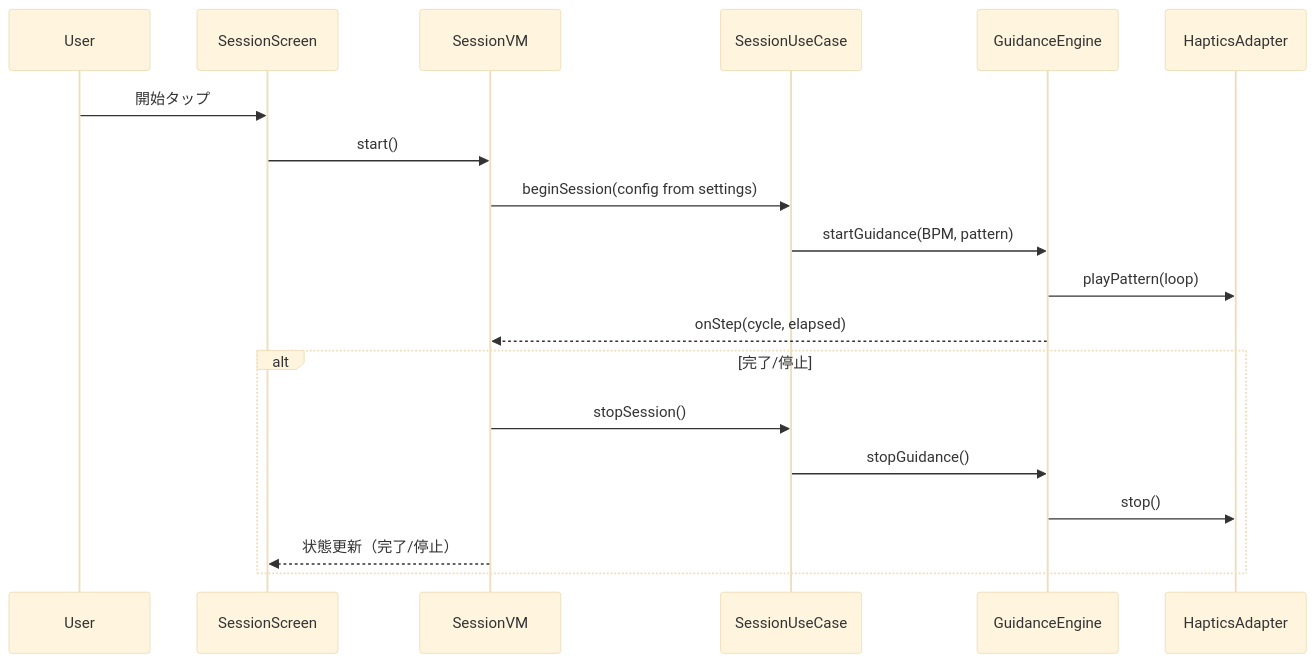
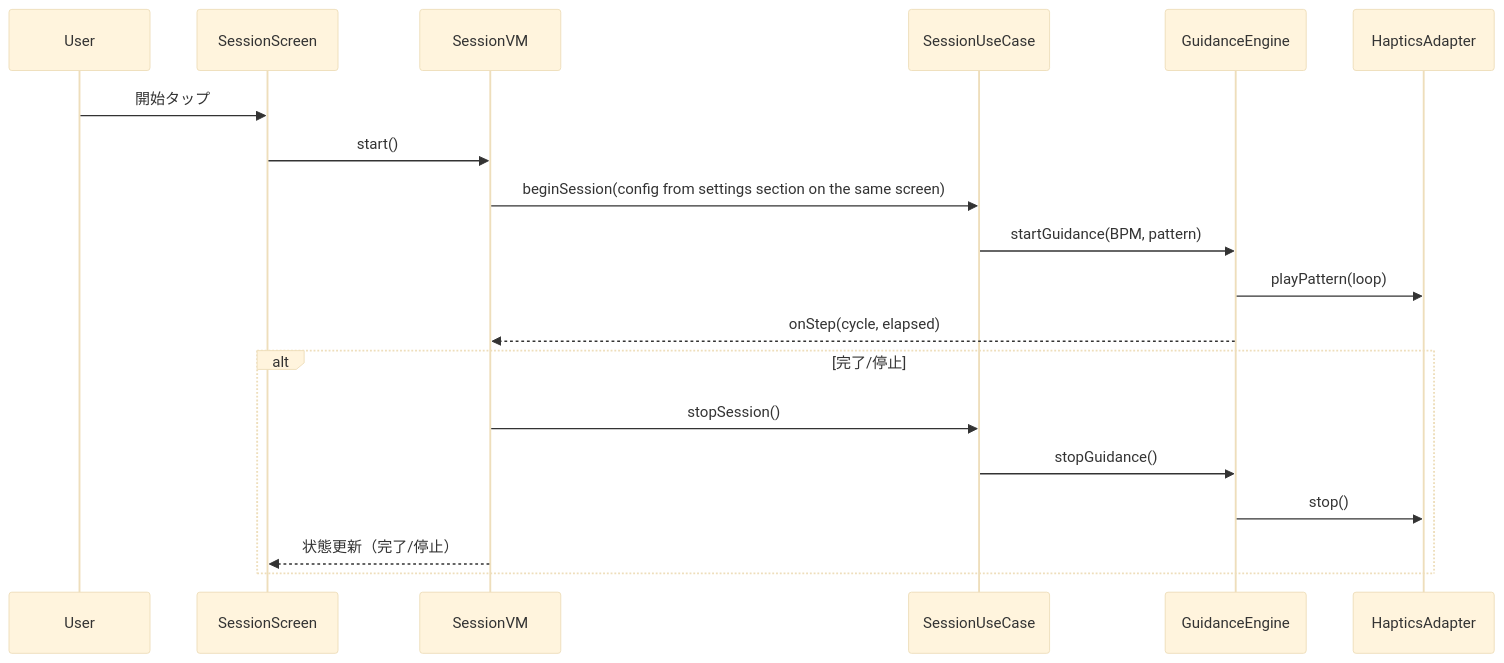
The second of 2 diagrams in .kiro/specs/calm-heart-rate-app/design.md (n4cl/CalmVibe), drawn with Mermaid (base theme) before and after one commit. The commit also changed other lines of this file and 3 other files, not shown here.

````diff
--- a/.kiro/specs/calm-heart-rate-app/design.md
+++ b/.kiro/specs/calm-heart-rate-app/design.md
@@ -45,22 +45,22 @@
 ```mermaid
 sequenceDiagram
   participant User
   participant UI as SessionScreen
   participant VM as SessionVM
   participant UC as SessionUseCase
   participant GE as GuidanceEngine
   participant HA as HapticsAdapter
 
   User->>UI: 開始タップ
   UI->>VM: start()
-  VM->>UC: beginSession(config from settings)
+  VM->>UC: beginSession(config from settings section on the same screen)
   UC->>GE: startGuidance(BPM, pattern)
   GE->>HA: playPattern(loop)
   GE-->>VM: onStep(cycle, elapsed)
   alt 完了/停止
     VM->>UC: stopSession()
     UC->>GE: stopGuidance()
     GE->>HA: stop()
     VM-->>UI: 状態更新（完了/停止）
   end
 ```
````
